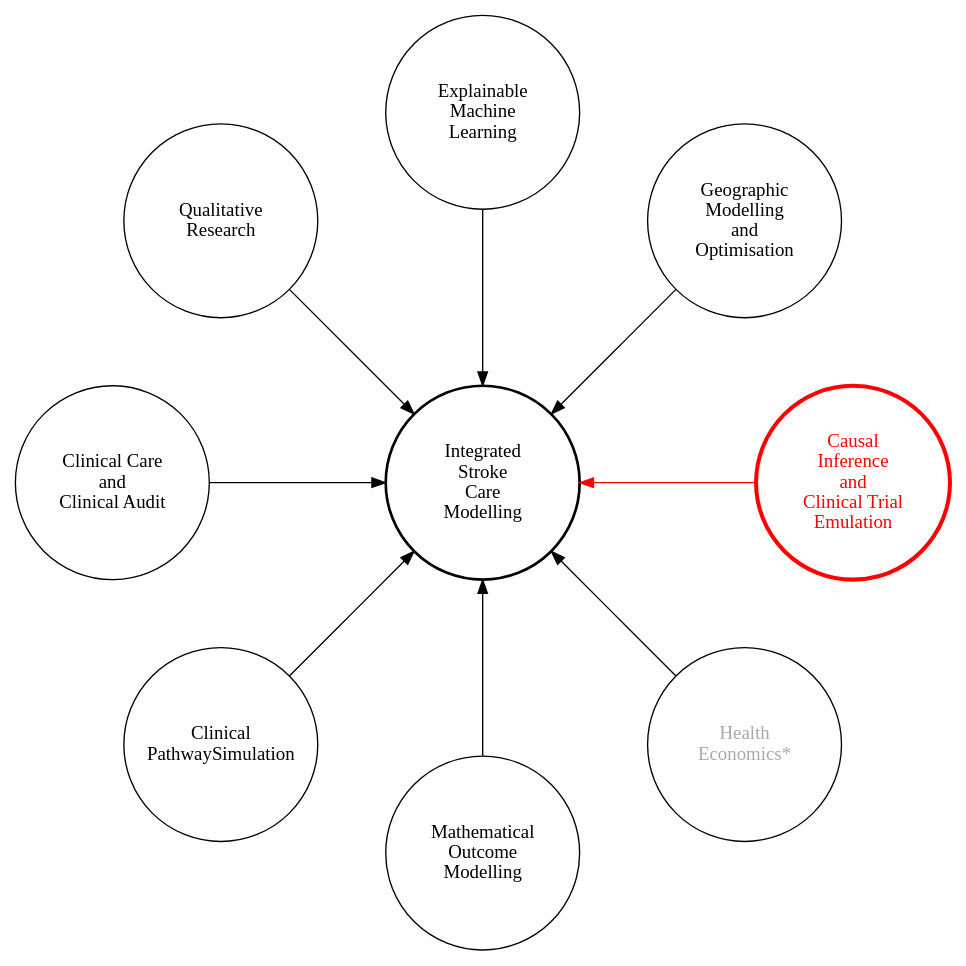
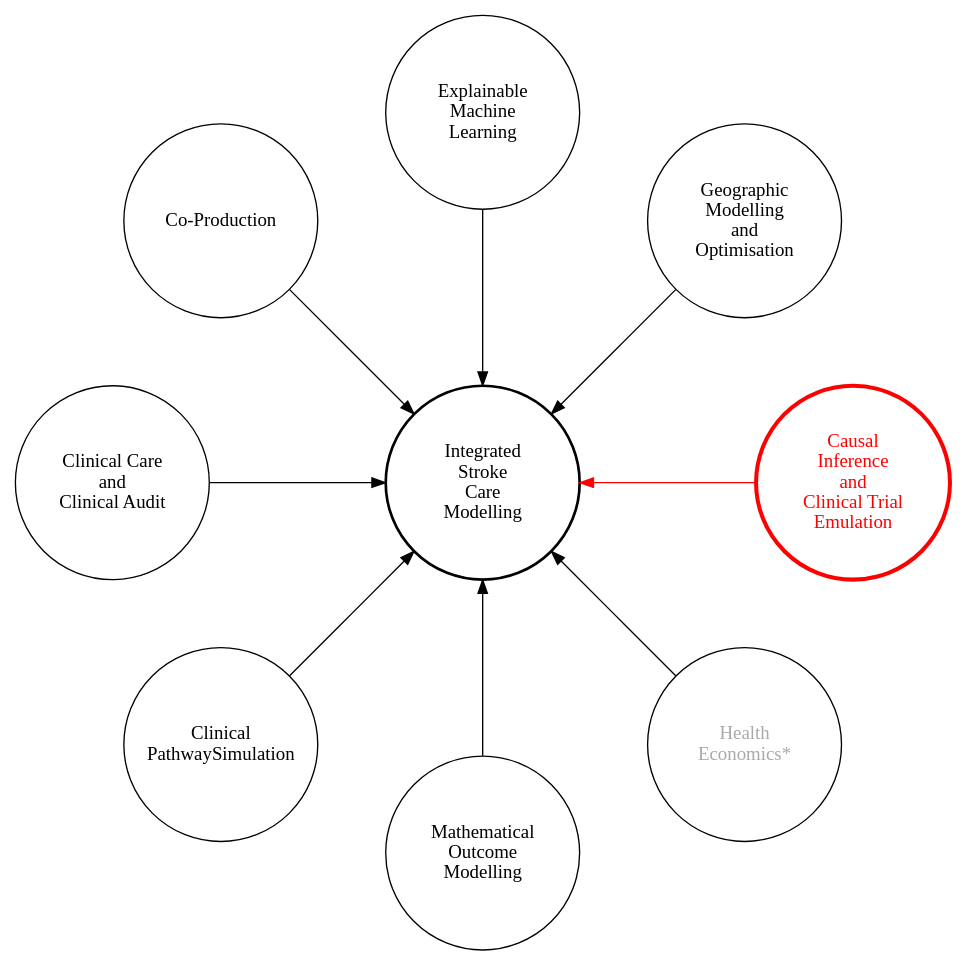
Before and after one commit to MichaelAllen1966/bid_rfpb_2023: the diagram in files/skills.gv, drawn with Graphviz. The commit also changed 1 other file, not shown here.

```diff
--- a/files/skills.gv
+++ b/files/skills.gv
@@ -1,39 +1,39 @@
 digraph {
 
     
     // Avoid overlap of nodes
     overlap=scale;
     sep=0.2;
 
     // Set layout to be circlular
     layout=circo;
     ordering="out"; // Anticlockwise order
     
     // Make all nodes same shape and size
     node [shape=circle, fixedsize=true, width=2, height=2];
     
     // Name nodes
     node1 [label="Integrated\nStroke\nCare\nModelling", penwidth=2, fontname="times bold"];
     node2 [label="Causal\nInference\nand\nClinical Trial\nEmulation", 
         color="red", fontcolor="red", penwidth=3];
     node3 [label="Geographic\nModelling\nand\nOptimisation"];
     node4 [label="Explainable\nMachine\nLearning"];    
-    node5 [label="Qualitative\nResearch"]
+    node5 [label="Co-Production"]
     node6 [label="Clinical Care\nand\nClinical Audit"]
     node7 [label="Clinical\nPathway\Simulation"]
     node8 [label="Mathematical\nOutcome\nModelling"]
     node9 [label="Health\nEconomics*", fontcolor="darkgrey"]
    
     // Describe connections
     node4 -> node1 
     node2 -> node1 [color="Red", penwidth=1]
     node3 -> node1
     node5 -> node1    
     node7 -> node1
     node8 -> node1 
     node9 -> node1
     node6 -> node1
 
 }
 
  // To turn into image, in terminal types `dot -Tpng skills.gv -o skills.png`
```
